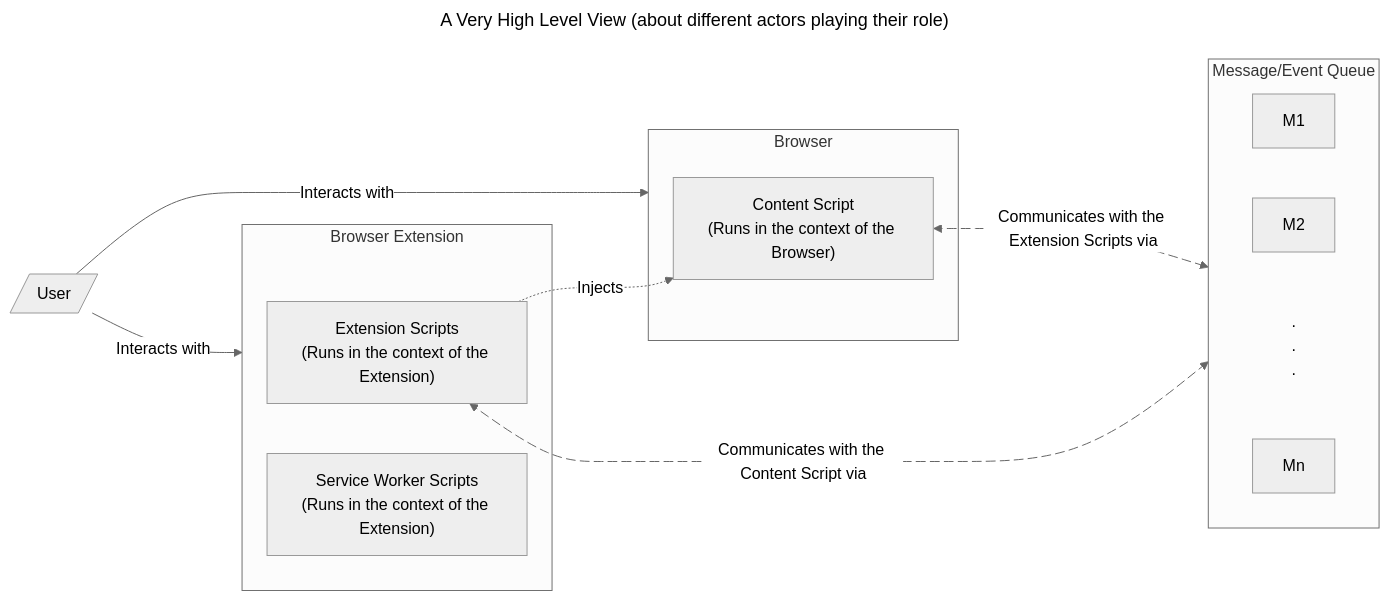
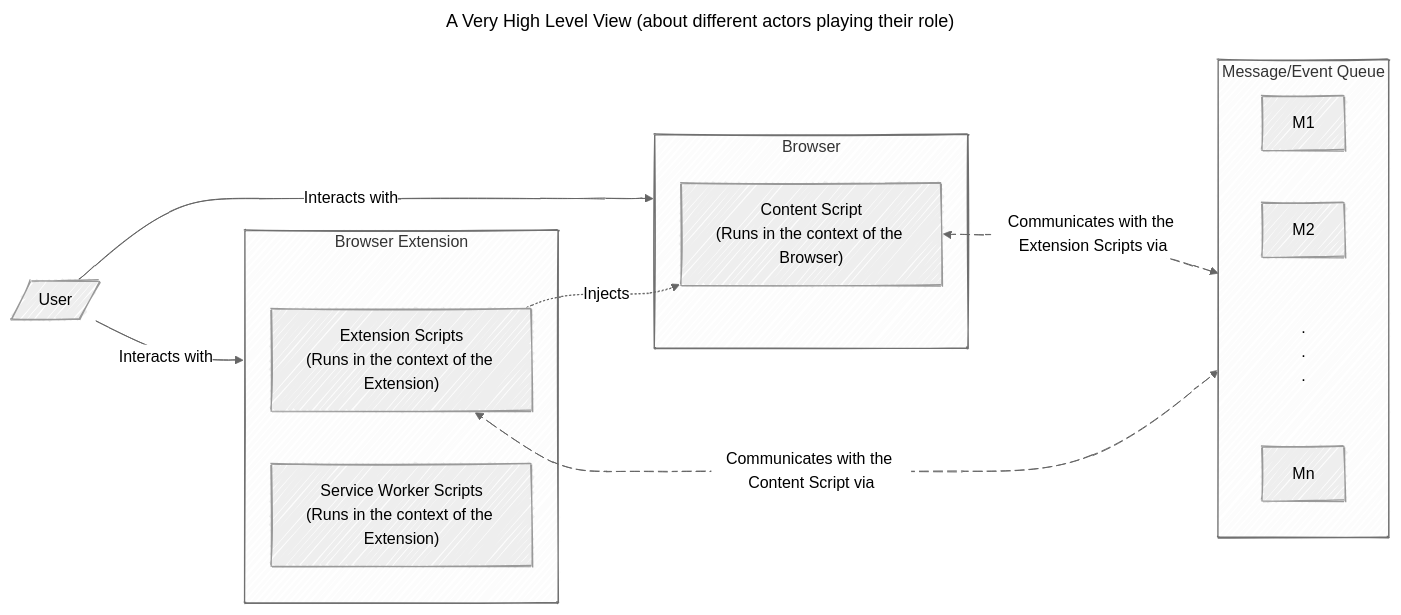
One commit to SantoshKShettyApps/git-flow-2-forked changed the first of 4 diagrams in README.md. Above: the diagram before and after it, drawn with Mermaid (neutral theme).

````diff
--- a/README.md
+++ b/README.md
@@ -5,29 +5,31 @@
 ```mermaid
 ---
 title: A Very High Level View (about different actors playing their role)
+config:
+  look: handDrawn
 ---
-%%{init: {"flowchart": {"diagramPadding": 150}}}%%
+%%{init: {"flowchart": {"diagramPadding": 250}}}%%
 graph LR
   subgraph B [Browser]
     CS["Content Script\n(Runs in the context of the Browser)"]
   end
   subgraph BE [Browser Extension]
     ES["Extension Scripts\n(Runs in the context of the Extension)"]
     SW["Service Worker Scripts\n(Runs in the context of the Extension)"]
   end
   subgraph MQ [Message/Event Queue]
     direction LR
     M1
     M2
     M@{ shape: text, label: ".\n.\n." }
     Mn
   end
 
   U[/User/] --> |Interacts with| B
   U --> |Interacts with| BE
   ES -.-> |Injects| CS
   CS e1@<--> |Communicates with the Extension Scripts via| MQ
   ES e2@<--> |Communicates with the Content Script via| MQ
   e1@{ animate: true }
   e2@{ animate: true }
 ```
````
